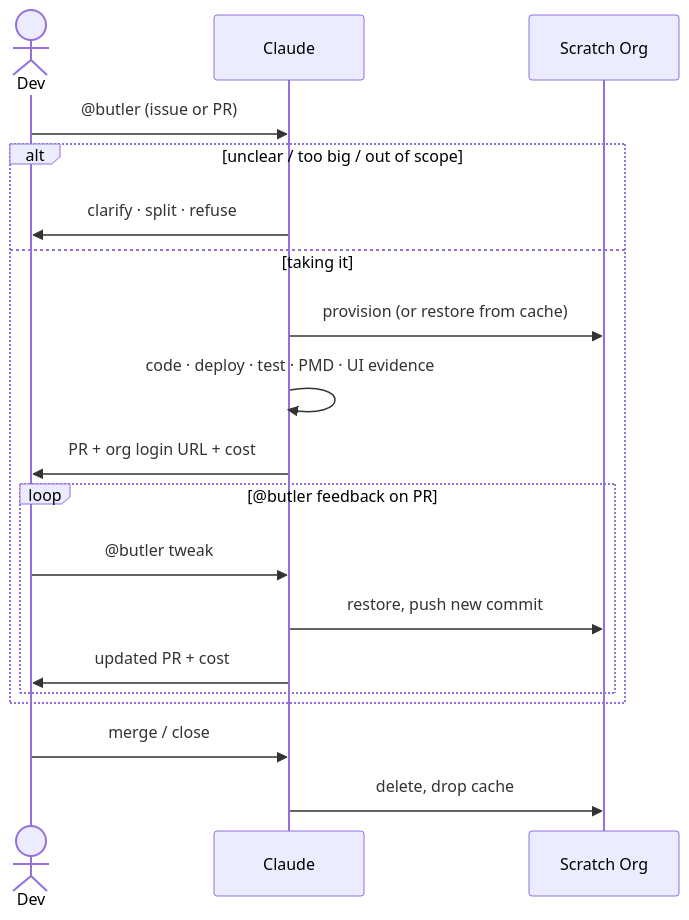
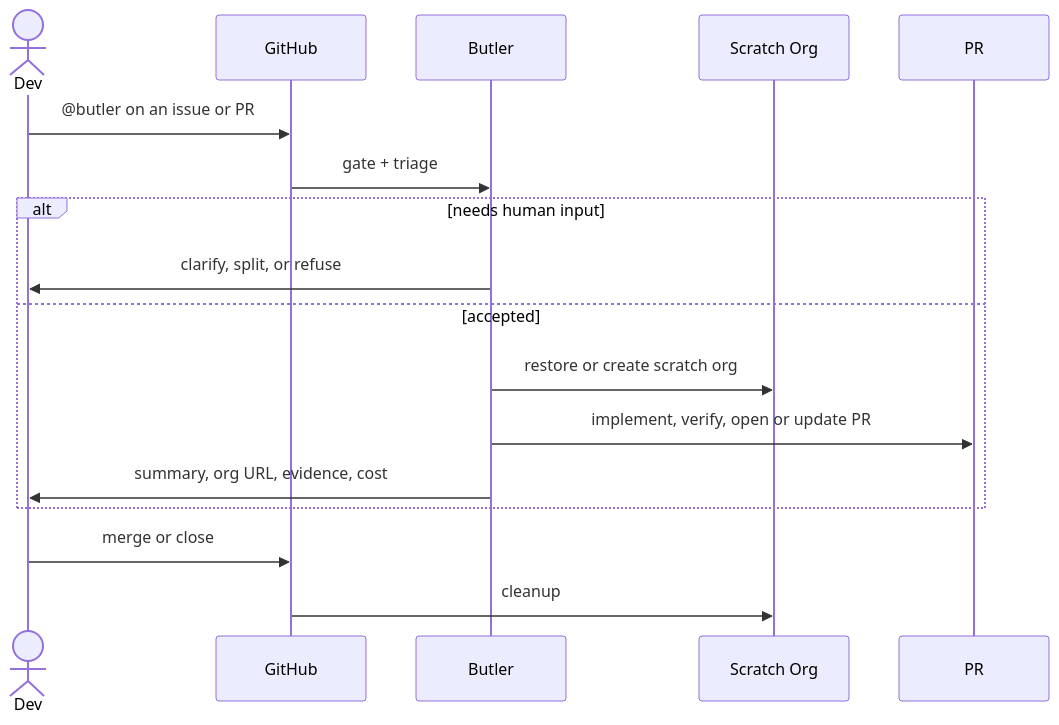
The diagram in README.md (aquivalabs/salesforce-ai-tools), drawn with Mermaid before and after one commit. The commit also changed other lines of this file, not shown here.

````diff
--- a/README.md
+++ b/README.md
@@ -100,22 +76,20 @@
 ```mermaid
 sequenceDiagram
     actor Dev
-    participant Claude
+    participant GitHub
+    participant Butler
     participant Org as Scratch Org
+    participant PR
 
-    Dev->>Claude: @butler (issue or PR)
-    alt unclear / too big / out of scope
-        Claude->>Dev: clarify · split · refuse
-    else taking it
-        Claude->>Org: provision (or restore from cache)
-        Claude->>Claude: code · deploy · test · PMD · UI evidence
-        Claude->>Dev: PR + org login URL + cost
-        loop @butler feedback on PR
-            Dev->>Claude: @butler tweak
-            Claude->>Org: restore, push new commit
-            Claude->>Dev: updated PR + cost
-        end
+    Dev->>GitHub: @butler on an issue or PR
+    GitHub->>Butler: gate + triage
+    alt needs human input
+        Butler->>Dev: clarify, split, or refuse
+    else accepted
+        Butler->>Org: restore or create scratch org
+        Butler->>PR: implement, verify, open or update PR
+        Butler->>Dev: summary, org URL, evidence, cost
     end
-    Dev->>Claude: merge / close
-    Claude->>Org: delete, drop cache
+    Dev->>GitHub: merge or close
+    GitHub->>Org: cleanup
 ```
````
